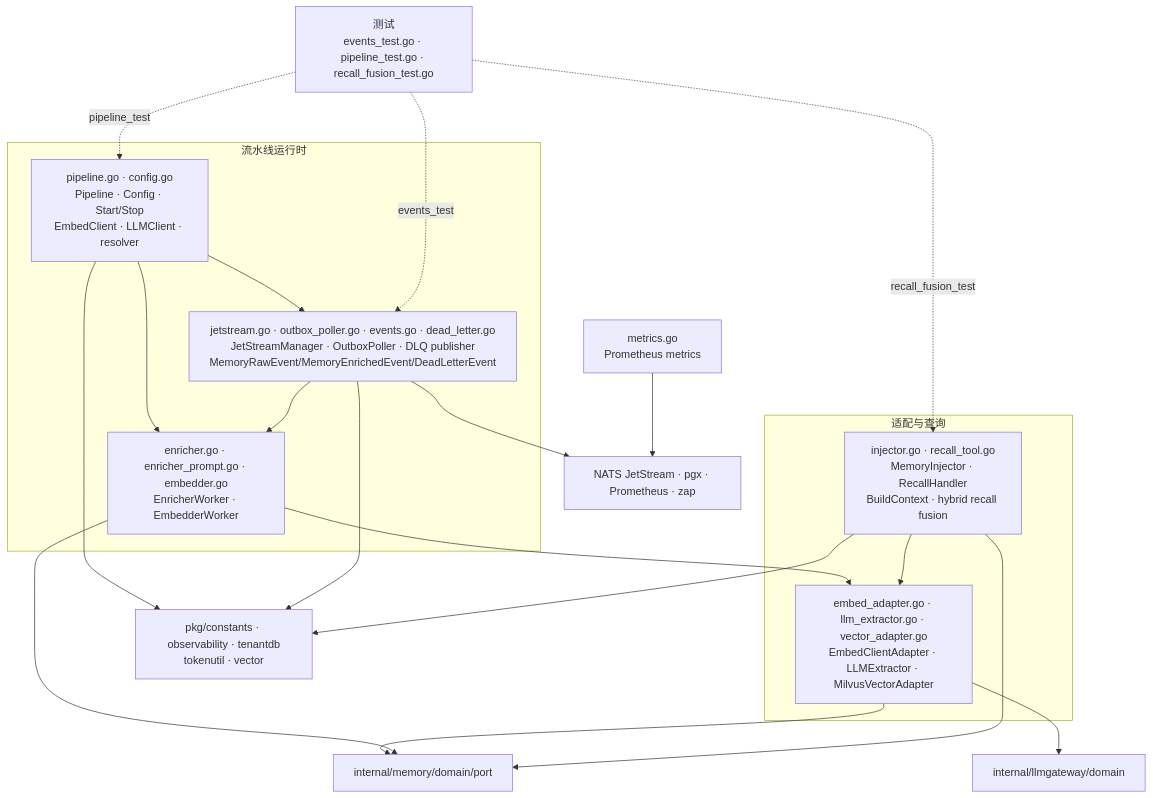
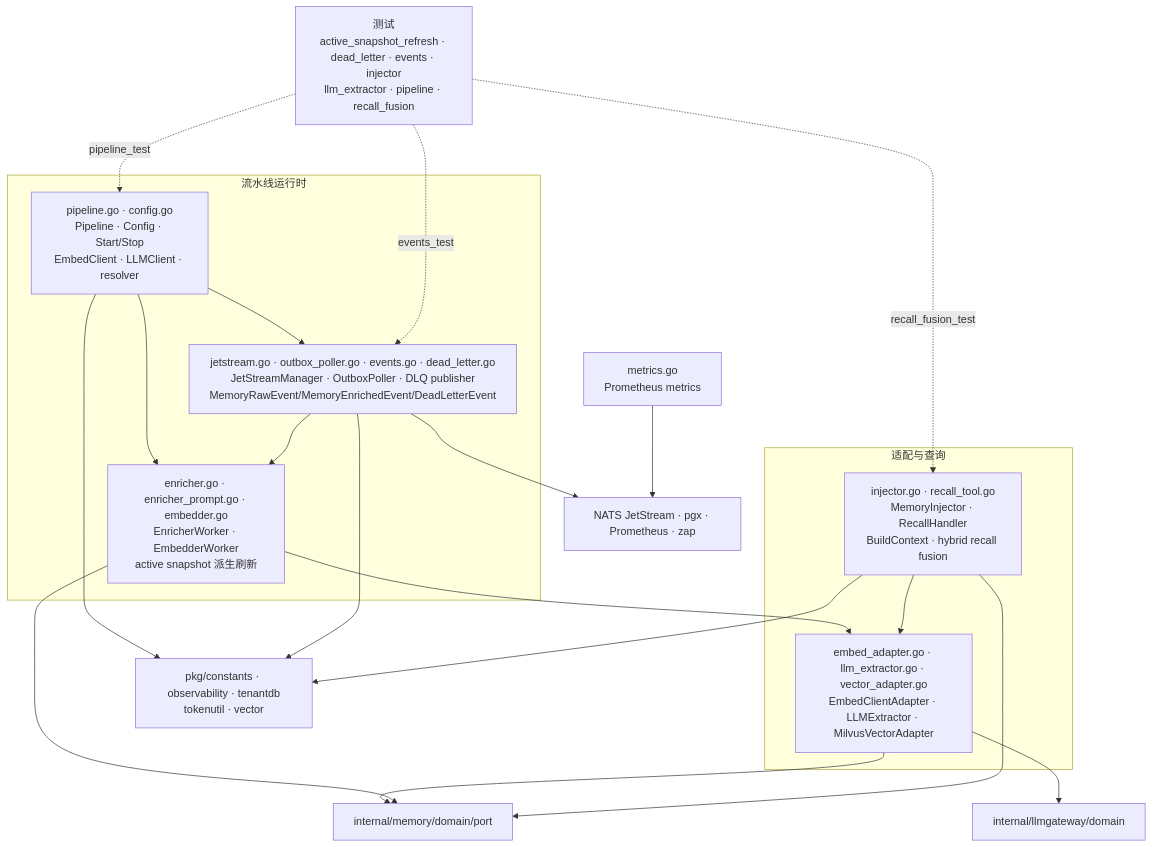
One commit to ArchChuan/Stratum changed the diagram in docs/go-package-architecture/internal-memory-infrastructure-pipeline.md. Above: the diagram before and after it, drawn with Mermaid. The commit also changed other lines of this file and 12 other files, not shown here.

````diff
--- a/docs/go-package-architecture/internal-memory-infrastructure-pipeline.md
+++ b/docs/go-package-architecture/internal-memory-infrastructure-pipeline.md
@@ -7,35 +7,35 @@
 ```mermaid
 flowchart TB
   subgraph runtimeGroup["流水线运行时"]
     lifecycle["pipeline.go · config.go<br/>Pipeline · Config · Start/Stop<br/>EmbedClient · LLMClient · resolver"]
     messaging["jetstream.go · outbox_poller.go · events.go · dead_letter.go<br/>JetStreamManager · OutboxPoller · DLQ publisher<br/>MemoryRawEvent/MemoryEnrichedEvent/DeadLetterEvent"]
-    workers["enricher.go · enricher_prompt.go · embedder.go<br/>EnricherWorker · EmbedderWorker"]
+    workers["enricher.go · enricher_prompt.go · embedder.go<br/>EnricherWorker · EmbedderWorker<br/>active snapshot 派生刷新"]
   end
   subgraph adapterGroup["适配与查询"]
     adapters["embed_adapter.go · llm_extractor.go · vector_adapter.go<br/>EmbedClientAdapter · LLMExtractor · MilvusVectorAdapter"]
     query["injector.go · recall_tool.go<br/>MemoryInjector · RecallHandler<br/>BuildContext · hybrid recall fusion"]
   end
   metrics["metrics.go<br/>Prometheus metrics"]
   ports["internal/memory/domain/port"]
   llm["internal/llmgateway/domain"]
   pkg["pkg/constants · observability · tenantdb<br/>tokenutil · vector"]
   ext["NATS JetStream · pgx · Prometheus · zap"]
-  tests["测试<br/>events_test.go · pipeline_test.go · recall_fusion_test.go"]
+  tests["测试<br/>active_snapshot_refresh · dead_letter · events · injector<br/>llm_extractor · pipeline · recall_fusion"]
   lifecycle --> messaging
   lifecycle --> workers
   workers --> adapters
   messaging --> workers
   query --> adapters
   adapters --> ports
   workers --> ports
   query --> ports
   adapters --> llm
   lifecycle --> pkg
   messaging --> pkg
   query --> pkg
   messaging --> ext
   metrics --> ext
   tests -.events_test.-> messaging
   tests -.pipeline_test.-> lifecycle
   tests -.recall_fusion_test.-> query
 ```
````
